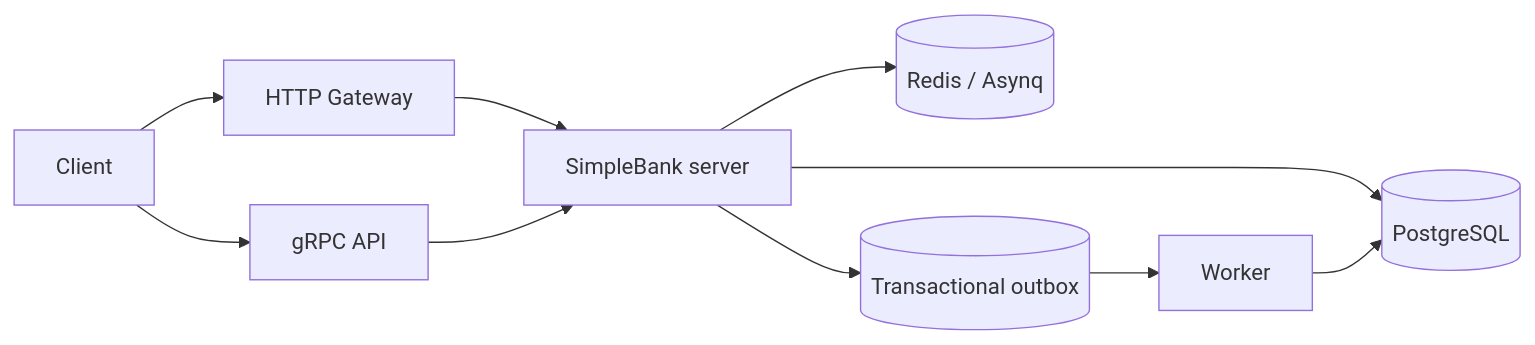
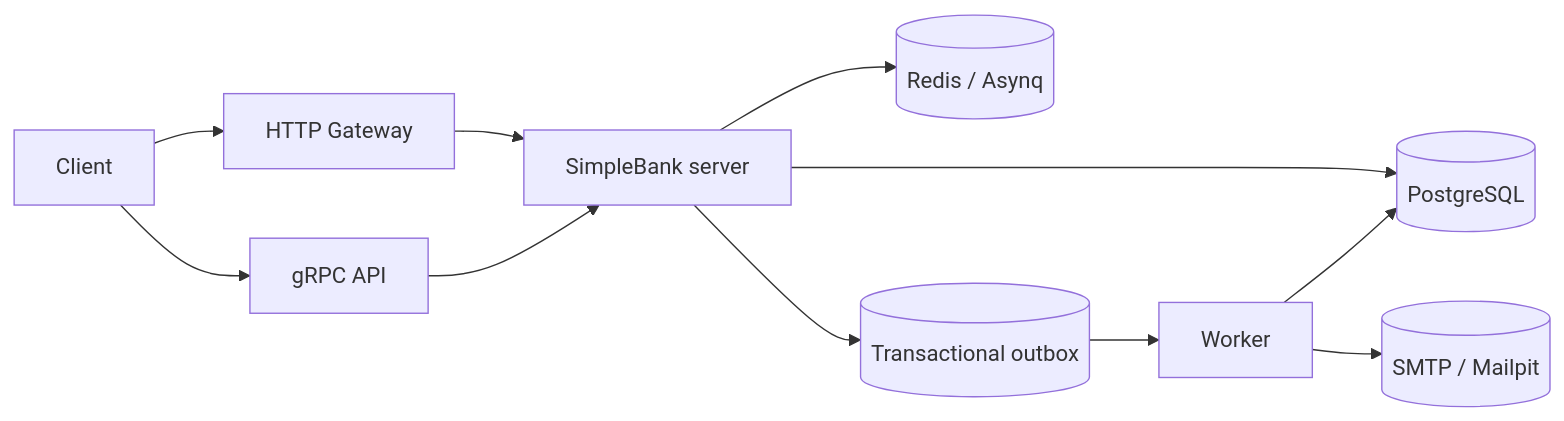
Before and after one commit to AJackTi/simplebank: the diagram in README.md, drawn with Mermaid. The commit also changed other lines of this file and 10 other files, not shown here.

````diff
--- a/README.md
+++ b/README.md
@@ -17,12 +18,13 @@
 ```mermaid
 flowchart LR
   Client[Client] --> HTTP[HTTP Gateway]
   Client --> GRPC[gRPC API]
   HTTP --> API[SimpleBank server]
   GRPC --> API
   API --> Postgres[(PostgreSQL)]
   API --> Redis[(Redis / Asynq)]
   API --> Outbox[(Transactional outbox)]
   Outbox --> Worker[Worker]
   Worker --> Postgres
+  Worker --> SMTP[(SMTP / Mailpit)]
 ```
````
